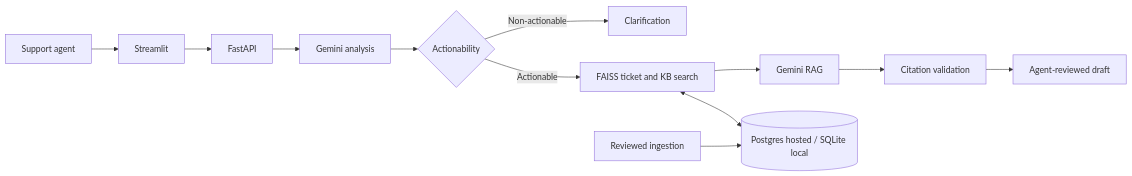
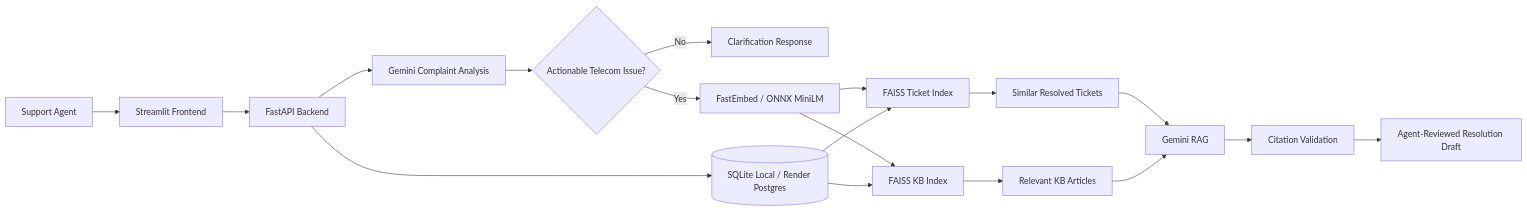
The first of 2 diagrams in README.md (ShreyasKowshal/Intelligent-Support-Ticket-Resolution-Assistant), drawn with Mermaid before and after one commit. The commit also changed other lines of this file, not shown here.

Commit message:
Update README architecture and requirements

````diff
--- a/README.md
+++ b/README.md
@@ -11,8 +11,20 @@
 ```mermaid
 flowchart LR
-    Agent[Support agent] --> UI[Streamlit] --> API[FastAPI] --> Analysis[Gemini analysis] --> Guard{Actionability}
-    Guard -->|Non-actionable| Clarify[Clarification]
-    Guard -->|Actionable| Search[FAISS ticket and KB search] --> RAG[Gemini RAG] --> Citations[Citation validation] --> Draft[Agent-reviewed draft]
-    Search <--> DB[(Postgres hosted / SQLite local)]
-    Admin[Reviewed ingestion] --> DB
+    A[Support Agent] --> B[Streamlit Frontend]
+    B --> C[FastAPI Backend]
+    C --> D[Gemini Complaint Analysis]
+    D --> E{Actionable Telecom Issue?}
+    E -- No --> F[Clarification Response]
+    E -- Yes --> G[FastEmbed / ONNX MiniLM]
+    G --> H1[FAISS Ticket Index]
+    G --> H2[FAISS KB Index]
+    H1 --> I[Similar Resolved Tickets]
+    H2 --> J[Relevant KB Articles]
+    I --> K[Gemini RAG]
+    J --> K
+    K --> L[Citation Validation]
+    L --> M[Agent-Reviewed Resolution Draft]
+    C --> N[(SQLite Local / Render Postgres)]
+    N --> H1
+    N --> H2
 ```
````
